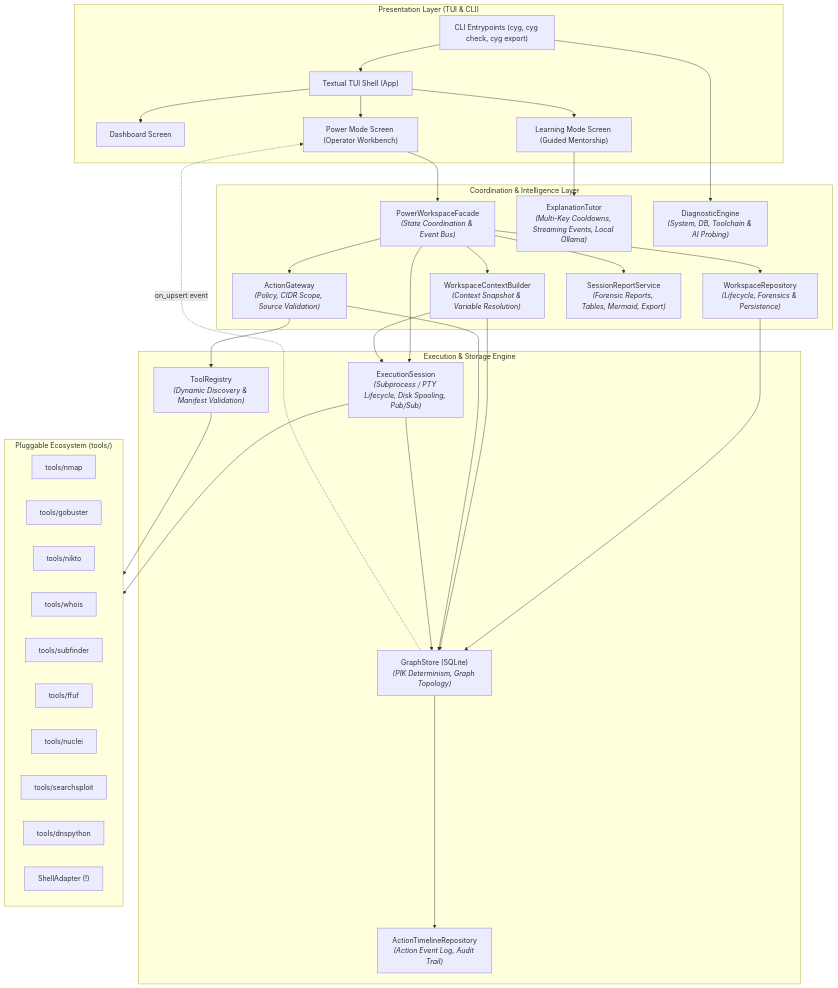
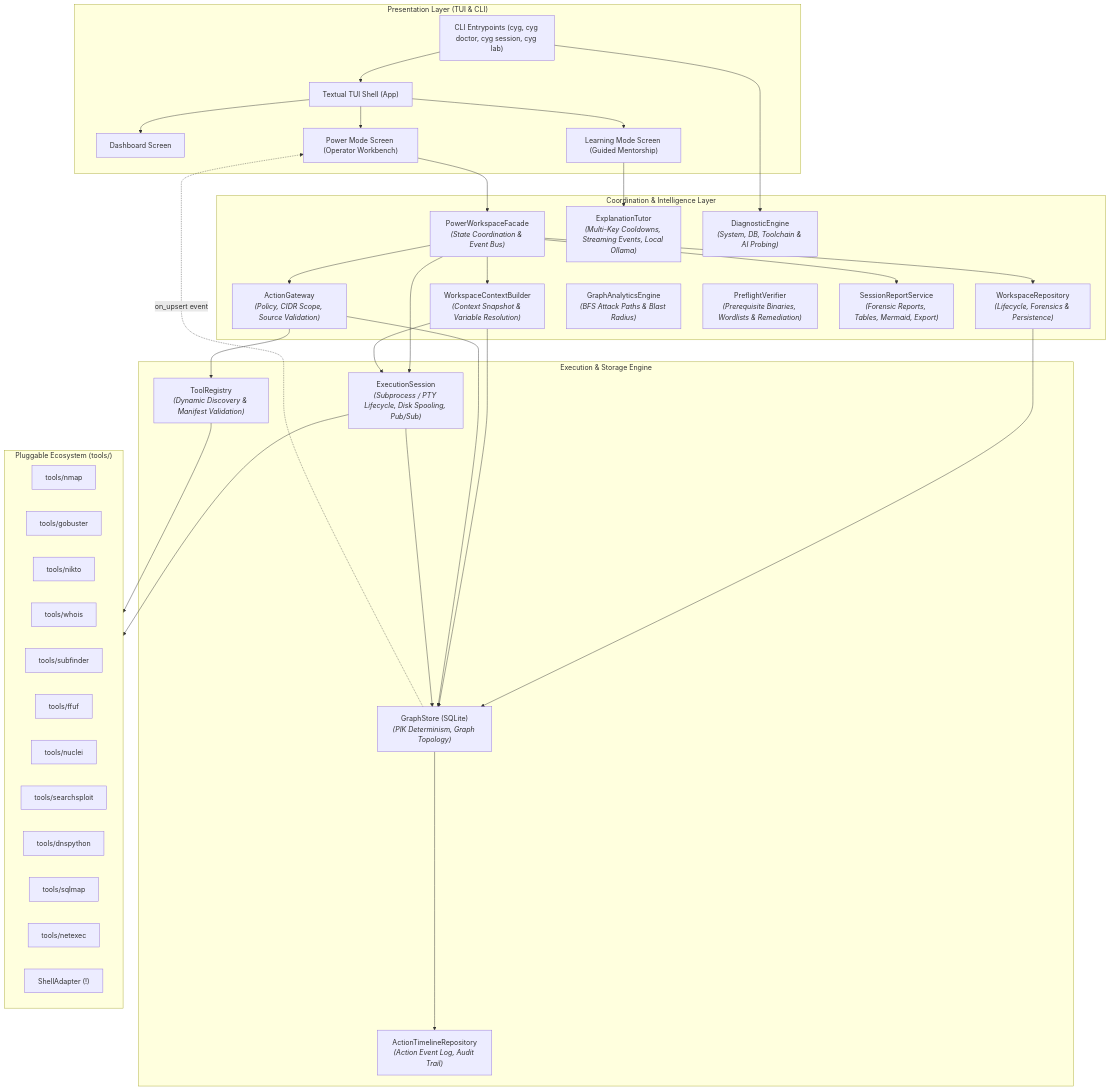
The first of 3 diagrams in docs/developer/ARCHITECTURE.md (h45sh/cyguide), drawn with Mermaid before and after one commit. The commit also changed other lines of this file and 206 other files, not shown here.

````diff
--- a/docs/developer/ARCHITECTURE.md
+++ b/docs/developer/ARCHITECTURE.md
@@ -49,67 +51,71 @@
 ```mermaid
 graph TB
     subgraph PresentationLayer["Presentation Layer (TUI & CLI)"]
-        CLI["CLI Entrypoints (cyg, cyg check, cyg export)"]
+        CLI["CLI Entrypoints (cyg, cyg doctor, cyg session, cyg lab)"]
         TUI["Textual TUI Shell (App)"]
         DashScreen["Dashboard Screen"]
         PowerScreen["Power Mode Screen (Operator Workbench)"]
         LearnScreen["Learning Mode Screen (Guided Mentorship)"]
     end
 
     subgraph CoordinationLayer["Coordination & Intelligence Layer"]
         Facade["PowerWorkspaceFacade<br><i>(State Coordination & Event Bus)</i>"]
         Context["WorkspaceContextBuilder<br><i>(Context Snapshot & Variable Resolution)</i>"]
         Workspaces["WorkspaceRepository<br><i>(Lifecycle, Forensics & Persistence)</i>"]
         Gateway["ActionGateway<br><i>(Policy, CIDR Scope, Source Validation)</i>"]
+        GraphAnalytics["GraphAnalyticsEngine<br><i>(BFS Attack Paths & Blast Radius)</i>"]
+        Preflight["PreflightVerifier<br><i>(Prerequisite Binaries, Wordlists & Remediation)</i>"]
         Tutor["ExplanationTutor<br><i>(Multi-Key Cooldowns, Streaming Events, Local Ollama)</i>"]
         Diag["DiagnosticEngine<br><i>(System, DB, Toolchain & AI Probing)</i>"]
         Report["SessionReportService<br><i>(Forensic Reports, Tables, Mermaid, Export)</i>"]
     end
 
     subgraph CoreEngine["Execution & Storage Engine"]
         ExecSession["ExecutionSession<br><i>(Subprocess / PTY Lifecycle, Disk Spooling, Pub/Sub)</i>"]
         Store["GraphStore (SQLite)<br><i>(PIK Determinism, Graph Topology)</i>"]
         Timeline["ActionTimelineRepository<br><i>(Action Event Log, Audit Trail)</i>"]
         Registry["ToolRegistry<br><i>(Dynamic Discovery & Manifest Validation)</i>"]
     end
 
     subgraph PluginLayer["Pluggable Ecosystem (tools/)"]
         Nmap["tools/nmap"]
         Gobuster["tools/gobuster"]
         Nikto["tools/nikto"]
         Whois["tools/whois"]
         Subfinder["tools/subfinder"]
         FFUF["tools/ffuf"]
         Nuclei["tools/nuclei"]
         SearchSploit["tools/searchsploit"]
         DnsPython["tools/dnspython"]
+        SQLMap["tools/sqlmap"]
+        NetExec["tools/netexec"]
         Shell["ShellAdapter (!)"]
     end
 
     CLI --> TUI
     TUI --> DashScreen
     TUI --> PowerScreen
     TUI --> LearnScreen
 
     PowerScreen --> Facade
     LearnScreen --> Tutor
     CLI --> Diag
 
     Facade --> Gateway
     Facade --> Context
     Facade --> Workspaces
     Facade --> Report
     Facade --> ExecSession
     Workspaces --> Store
     Store --> Timeline
     Context --> Store
     Context --> ExecSession
 
     Gateway --> Registry
     Gateway --> Store
     Store -.->|on_upsert event| PowerScreen
 
     ExecSession --> PluginLayer
     Registry --> PluginLayer
     ExecSession --> Store
 ```
````
